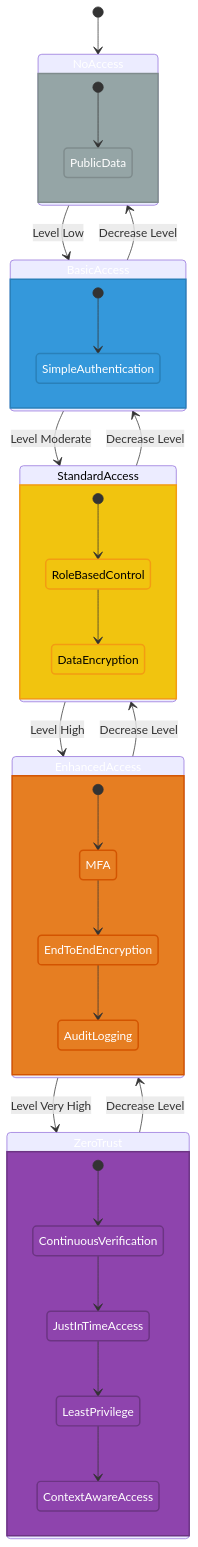
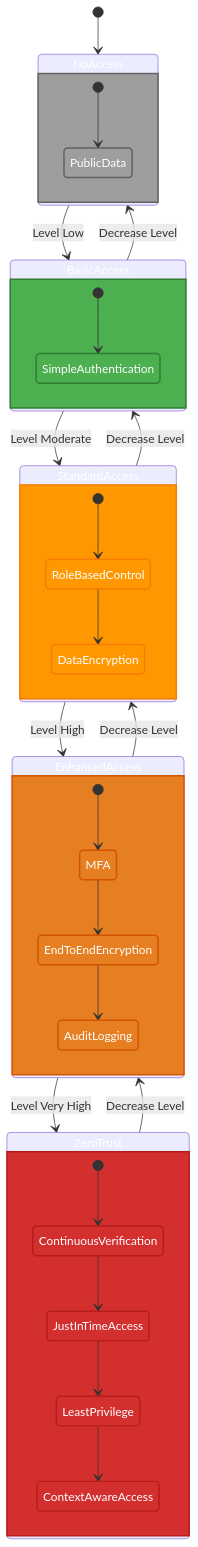
The seventh of 11 diagrams in docs/architecture/STATEDIAGRAM.md (Hack23/cia-compliance-manager), drawn with Mermaid before and after one commit. The commit also changed other lines of this file and 18 other files, not shown here.

First line of the commit message:
style: update all classDef colors to ISMS style guide palette and fix quadrant charts

````diff
--- a/docs/architecture/STATEDIAGRAM.md
+++ b/docs/architecture/STATEDIAGRAM.md
@@ -654,52 +654,52 @@
 ```mermaid
 stateDiagram-v2
     [*] --> NoAccess
     
     NoAccess --> BasicAccess: Level Low
     BasicAccess --> StandardAccess: Level Moderate
     StandardAccess --> EnhancedAccess: Level High
     EnhancedAccess --> ZeroTrust: Level Very High
     
     ZeroTrust --> EnhancedAccess: Decrease Level
     EnhancedAccess --> StandardAccess: Decrease Level
     StandardAccess --> BasicAccess: Decrease Level
     BasicAccess --> NoAccess: Decrease Level
     
     state NoAccess {
         [*] --> PublicData
     }
     
     state BasicAccess {
         [*] --> SimpleAuthentication
     }
     
     state StandardAccess {
         [*] --> RoleBasedControl
         RoleBasedControl --> DataEncryption
     }
     
     state EnhancedAccess {
         [*] --> MFA
         MFA --> EndToEndEncryption
         EndToEndEncryption --> AuditLogging
     }
     
     state ZeroTrust {
         [*] --> ContinuousVerification
         ContinuousVerification --> JustInTimeAccess
         JustInTimeAccess --> LeastPrivilege
         LeastPrivilege --> ContextAwareAccess
     }
     
-    classDef none fill:#95a5a6,stroke:#7f8c8d,stroke-width:2px,color:white
-    classDef low fill:#3498db,stroke:#2980b9,stroke-width:2px,color:white
-    classDef moderate fill:#f1c40f,stroke:#f39c12,stroke-width:2px,color:black
+    classDef none fill:#9E9E9E,stroke:#616161,stroke-width:2px,color:#ffffff
+    classDef low fill:#4CAF50,stroke:#2E7D32,stroke-width:2px,color:#ffffff
+    classDef moderate fill:#FF9800,stroke:#F57C00,stroke-width:2px,color:#ffffff
     classDef high fill:#e67e22,stroke:#d35400,stroke-width:2px,color:white
-    classDef veryhigh fill:#8e44ad,stroke:#6c3483,stroke-width:2px,color:white
+    classDef veryhigh fill:#D32F2F,stroke:#B71C1C,stroke-width:2px,color:#ffffff
     
     class NoAccess,PublicData none
     class BasicAccess,SimpleAuthentication low
     class StandardAccess,RoleBasedControl,DataEncryption moderate
     class EnhancedAccess,MFA,EndToEndEncryption,AuditLogging high
     class ZeroTrust,ContinuousVerification,JustInTimeAccess,LeastPrivilege,ContextAwareAccess veryhigh
 ```
````
